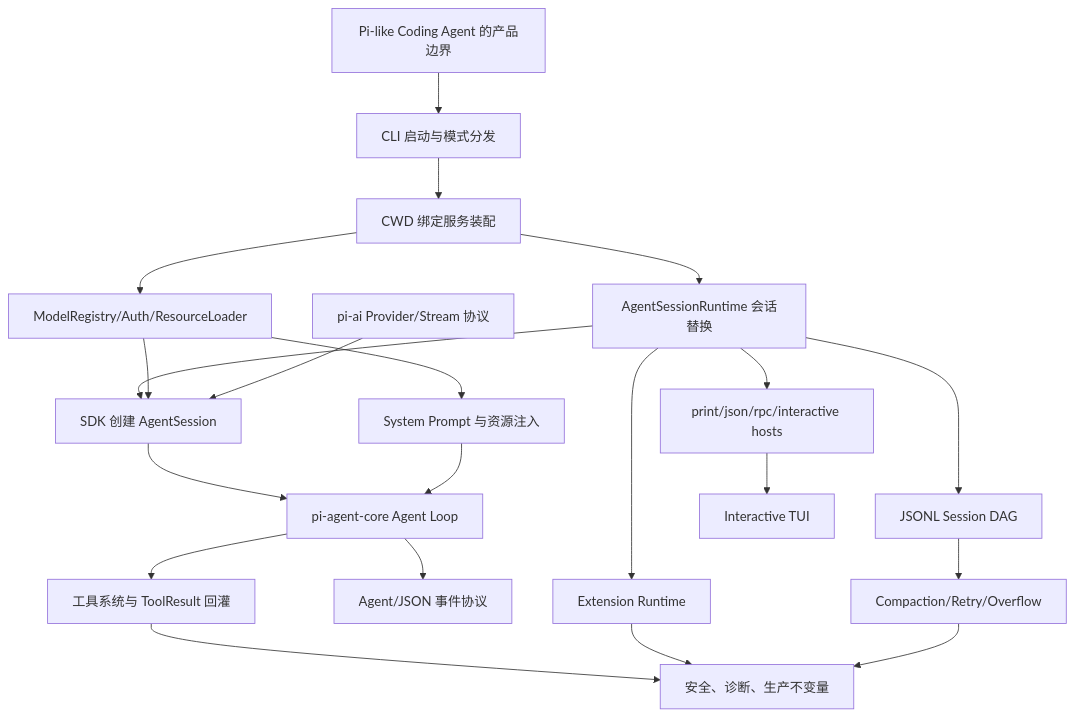
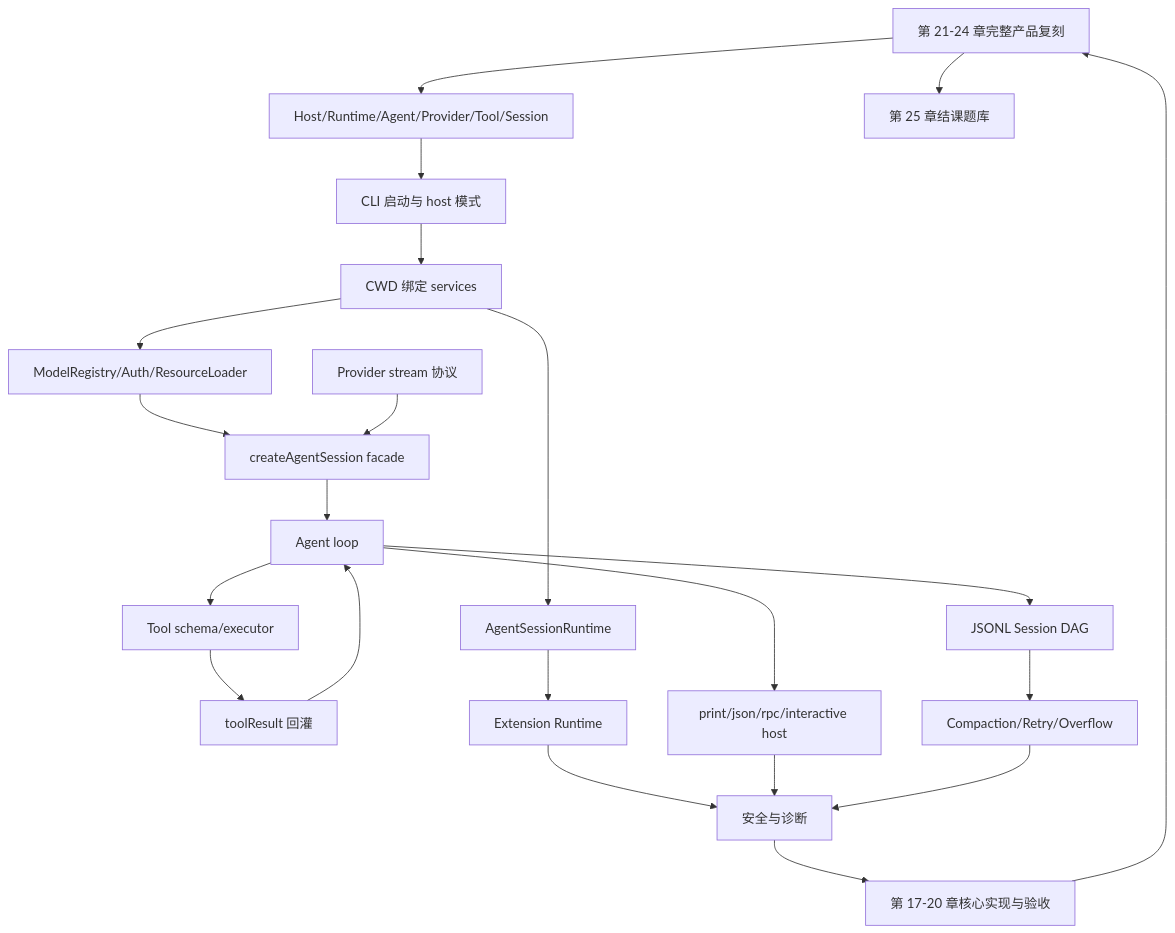
The diagram in book/outline.md (zenHeart/pi), drawn with Mermaid before and after one commit. The commit also changed other lines of this file and 32 other files, not shown here.

````diff
--- a/book/outline.md
+++ b/book/outline.md
@@ -7,23 +7,24 @@
 ```mermaid
 flowchart TD
-    Product[Pi-like Coding Agent 的产品边界] --> Boot[CLI 启动与模式分发]
-    Boot --> Services[CWD 绑定服务装配]
-    Services --> Runtime[AgentSessionRuntime 会话替换]
+    Product[最终产物: mini Pi-like coding agent] --> DAG[Host/Runtime/Agent/Provider/Tool/Session]
+    DAG --> Boot[CLI 启动与 host 模式]
+    Boot --> Services[CWD 绑定 services]
+    Services --> Runtime[AgentSessionRuntime]
     Services --> Registry[ModelRegistry/Auth/ResourceLoader]
-    Runtime --> SDK[SDK 创建 AgentSession]
-    Registry --> SDK
-    Provider[pi-ai Provider/Stream 协议] --> SDK
-    SDK --> Core[pi-agent-core Agent Loop]
-    Core --> Tools[工具系统与 ToolResult 回灌]
-    Core --> Events[Agent/JSON 事件协议]
-    Registry --> Prompt[System Prompt 与资源注入]
-    Prompt --> Core
-    Runtime --> Session[JSONL Session DAG]
+    Registry --> Facade[createAgentSession facade]
+    Provider[Provider stream 协议] --> Facade
+    Facade --> Loop[Agent loop]
+    Loop --> Tools[Tool schema/executor]
+    Tools --> Results[toolResult 回灌]
+    Results --> Loop
+    Loop --> Session[JSONL Session DAG]
+    Loop --> Hosts[print/json/rpc/interactive host]
     Session --> Compaction[Compaction/Retry/Overflow]
     Runtime --> Extensions[Extension Runtime]
-    Runtime --> Hosts[print/json/rpc/interactive hosts]
-    Hosts --> TUI[Interactive TUI]
-    Tools --> Safety[安全、诊断、生产不变量]
-    Extensions --> Safety
+    Extensions --> Safety[安全与诊断]
+    Hosts --> Safety
     Compaction --> Safety
+    Safety --> Mini[第 17-20 章核心实现与验收]
+    Mini --> Product[第 21-24 章完整产品复刻]
+    Product --> Exam[第 25 章结课题库]
 ```
````
